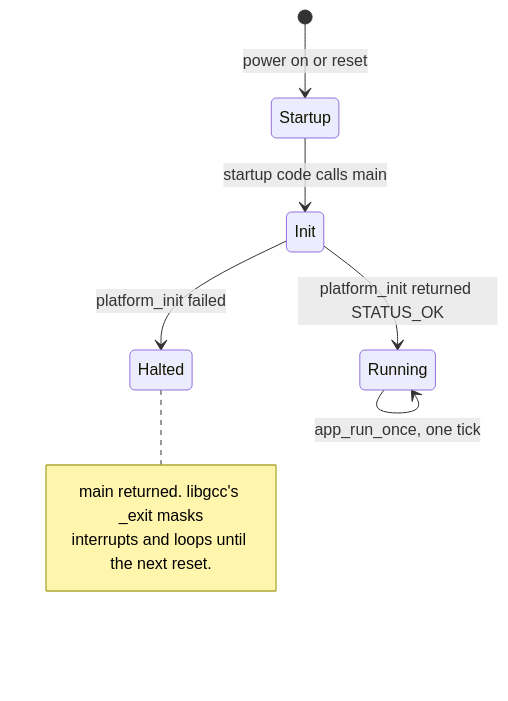
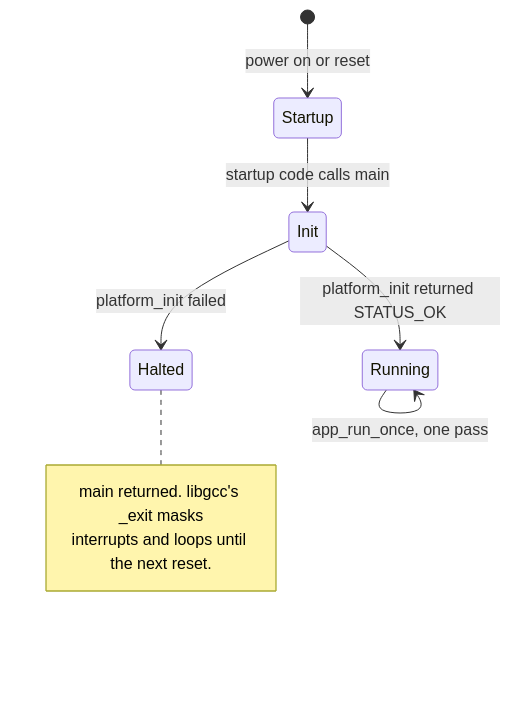
Before and after one commit to BonelessPig/nano_sequencer: the fourth of 18 diagrams in docs/ARCHITECTURE.md, drawn with Mermaid. The commit also changed other lines of this file and 9 other files, not shown here.

````diff
--- a/docs/ARCHITECTURE.md
+++ b/docs/ARCHITECTURE.md
@@ -137,12 +144,12 @@
 ```mermaid
 stateDiagram-v2
     [*] --> Startup: power on or reset
     Startup --> Init: startup code calls main
     Init --> Running: platform_init returned STATUS_OK
     Init --> Halted: platform_init failed
-    Running --> Running: app_run_once, one tick
+    Running --> Running: app_run_once, one pass
     note right of Halted
         main returned. libgcc's _exit masks
         interrupts and loops until the next reset.
     end note
 ```
````
